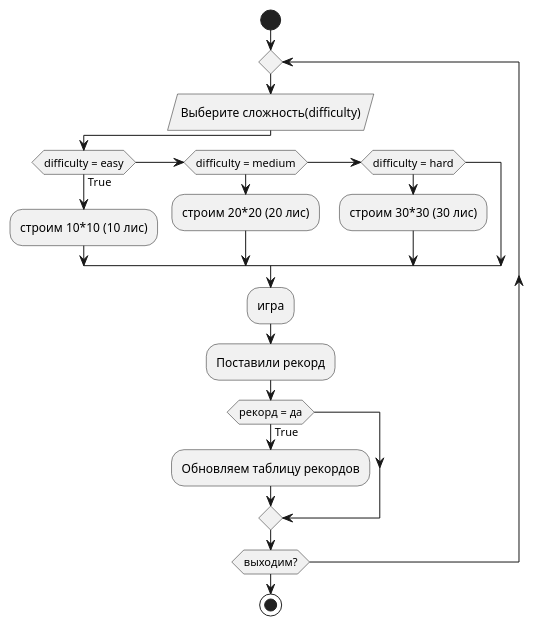
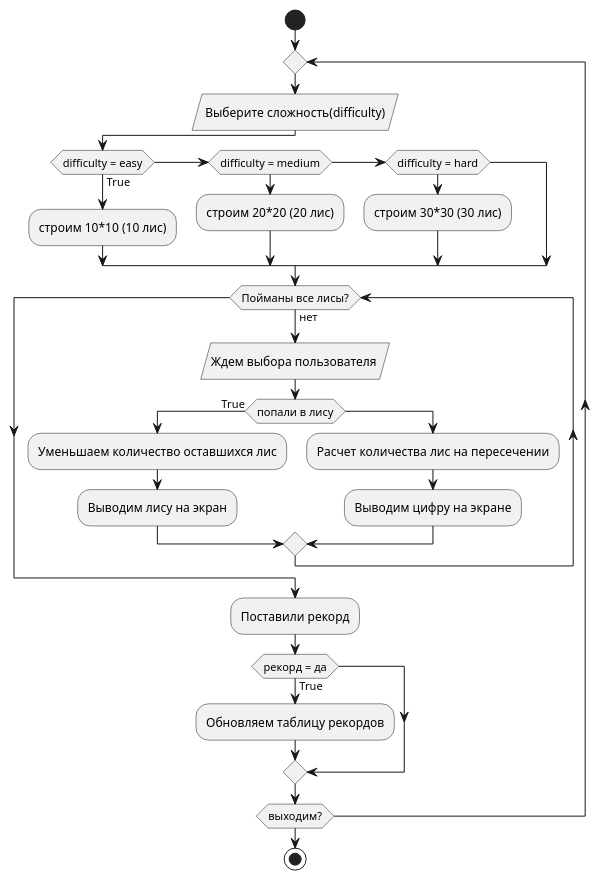
The diagram in src/!BlockDiagramm.puml (Shepico/foxhunting), drawn with PlantUML before and after one commit.

Commit message:
Реализована блок-схема

```diff
--- a/src/!BlockDiagramm.puml
+++ b/src/!BlockDiagramm.puml
@@ -1,26 +1,35 @@
 @startuml
 
 start
 
 repeat
 : Выберите сложность(difficulty) /
 
 if (difficulty = easy) then (True)
     :строим 10*10 (10 лис);
 elseif (difficulty = medium)
     :строим 20*20 (20 лис);
 elseif (difficulty = hard)
     :строим 30*30 (30 лис);
 endif
 
+while (Пойманы все лисы?) is (нет)
+    :Ждем выбора пользователя /
+    if (попали в лису) then (True)
+        :Уменьшаем количество оставшихся лис;
+        :Выводим лису на экран;
+    else
+        :Расчет количества лис на пересечении;
+        :Выводим цифру на экране;
+    endif
 
-:игра;
+endwhile
 
 :Поставили рекорд;
 if (рекорд = да) then (True)
     :Обновляем таблицу рекордов;
 endif
 repeat while (выходим?)
 
 stop
 @enduml
```
